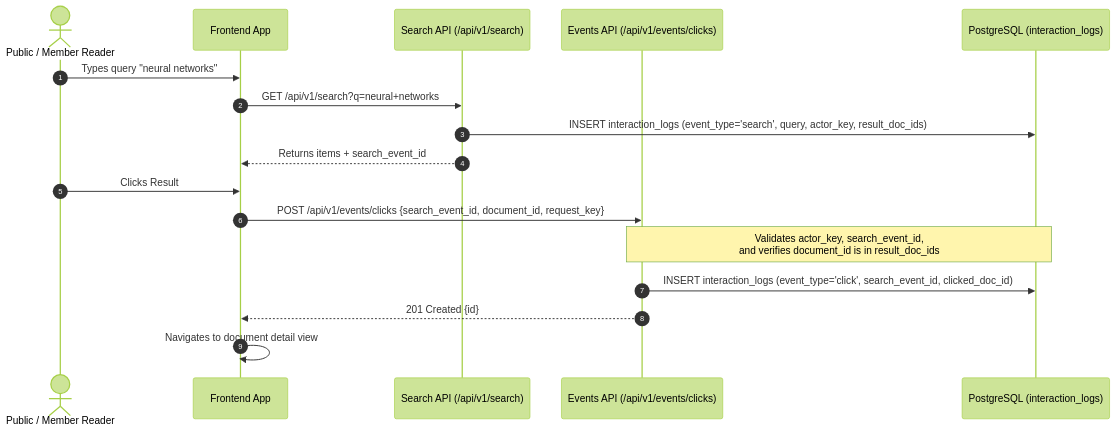
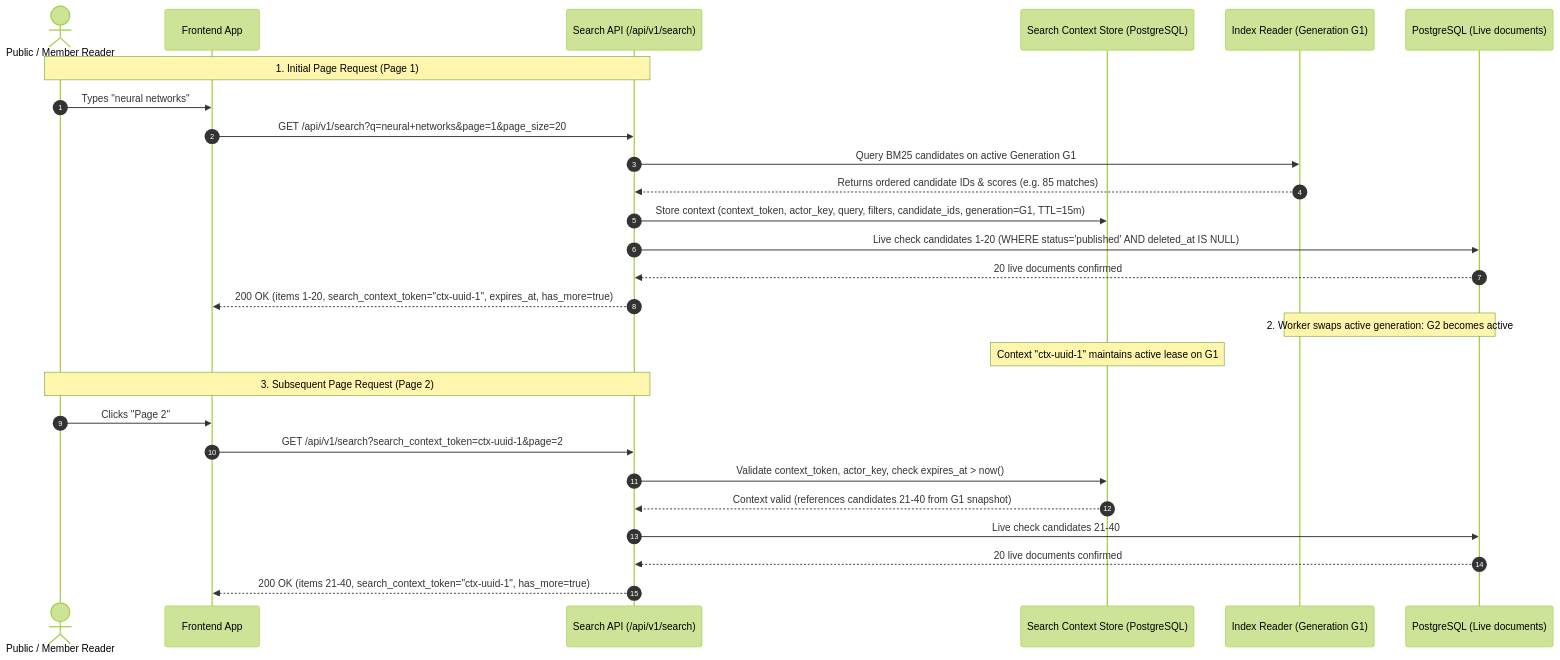
The diagram in docs/search-contract.md (MarcusCyborg/folio), drawn with Mermaid (forest theme) before and after one commit. The commit also changed other lines of this file and 3 other files, not shown here.

Commit message:
docs(search-contract): remediate IA-04 canonical UUIDv4/v5 IDs and IA-05 search context pagination contract

````diff
--- a/docs/search-contract.md
+++ b/docs/search-contract.md
@@ -123,20 +54,32 @@
 ```mermaid
 sequenceDiagram
     autonumber
     actor Reader as Public / Member Reader
     participant Browser as Frontend App
     participant SearchAPI as Search API (/api/v1/search)
-    participant ClickAPI as Events API (/api/v1/events/clicks)
-    participant DB as PostgreSQL (interaction_logs)
+    participant SCStore as Search Context Store (PostgreSQL)
+    participant IndexReader as Index Reader (Generation G1)
+    participant DB as PostgreSQL (Live documents)
 
-    Reader->>Browser: Types query "neural networks"
-    Browser->>SearchAPI: GET /api/v1/search?q=neural+networks
-    SearchAPI->>DB: INSERT interaction_logs (event_type='search', query, actor_key, result_doc_ids)
-    SearchAPI-->>Browser: Returns items + search_event_id
-    Reader->>Browser: Clicks Result #1
-    Browser->>ClickAPI: POST /api/v1/events/clicks {search_event_id, document_id, request_key}
-    Note over ClickAPI,DB: Validates actor_key, search_event_id,<br/>and verifies document_id is in result_doc_ids
-    ClickAPI->>DB: INSERT interaction_logs (event_type='click', search_event_id, clicked_doc_id)
-    ClickAPI-->>Browser: 201 Created {id}
-    Browser->>Browser: Navigates to document detail view
+    Note over Reader,SearchAPI: 1. Initial Page Request (Page 1)
+    Reader->>Browser: Types "neural networks"
+    Browser->>SearchAPI: GET /api/v1/search?q=neural+networks&page=1&page_size=20
+    SearchAPI->>IndexReader: Query BM25 candidates on active Generation G1
+    IndexReader-->>SearchAPI: Returns ordered candidate IDs & scores (e.g. 85 matches)
+    SearchAPI->>SCStore: Store context (context_token, actor_key, query, filters, candidate_ids, generation=G1, TTL=15m)
+    SearchAPI->>DB: Live check candidates 1-20 (WHERE status='published' AND deleted_at IS NULL)
+    DB-->>SearchAPI: 20 live documents confirmed
+    SearchAPI-->>Browser: 200 OK (items 1-20, search_context_token="ctx-uuid-1", expires_at, has_more=true)
+
+    Note over IndexReader,DB: 2. Worker swaps active generation: G2 becomes active
+    Note over SCStore: Context "ctx-uuid-1" maintains active lease on G1
+
+    Note over Reader,SearchAPI: 3. Subsequent Page Request (Page 2)
+    Reader->>Browser: Clicks "Page 2"
+    Browser->>SearchAPI: GET /api/v1/search?search_context_token=ctx-uuid-1&page=2
+    SearchAPI->>SCStore: Validate context_token, actor_key, check expires_at > now()
+    SCStore-->>SearchAPI: Context valid (references candidates 21-40 from G1 snapshot)
+    SearchAPI->>DB: Live check candidates 21-40
+    DB-->>SearchAPI: 20 live documents confirmed
+    SearchAPI-->>Browser: 200 OK (items 21-40, search_context_token="ctx-uuid-1", has_more=true)
 ```
````
